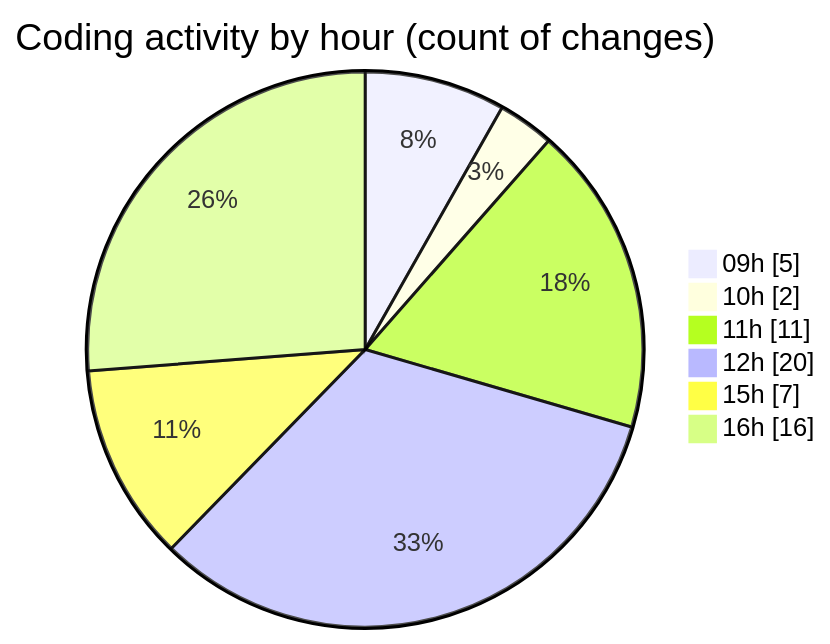
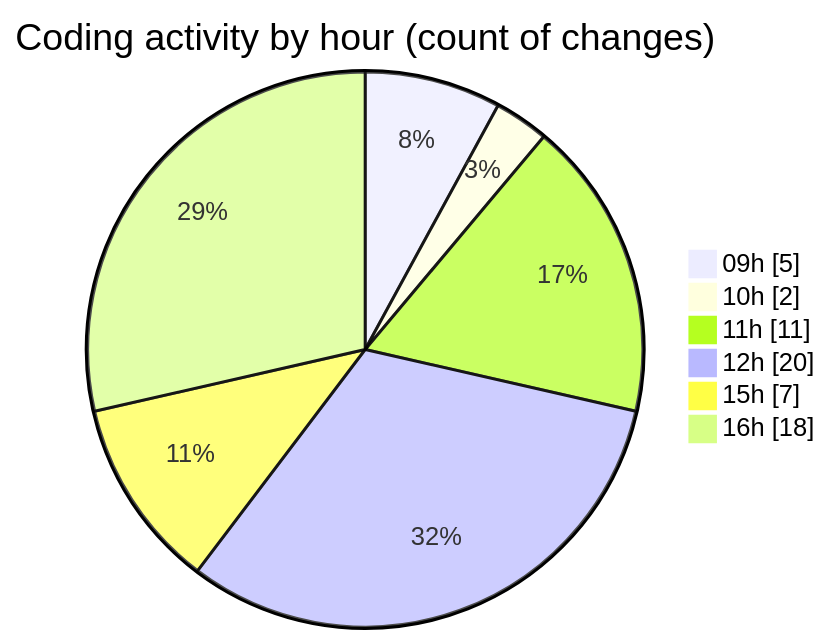
One commit to momahboobian/code-tracking changed the second of 2 diagrams in 2026-03-11/cda/README.md. Above: the diagram before and after it, drawn with Mermaid. The commit also changed other lines of this file and 1 other file, not shown here.

````diff
--- a/2026-03-11/cda/README.md
+++ b/2026-03-11/cda/README.md
@@ -48,10 +48,10 @@
 ```mermaid
 pie showData
 title Coding activity by hour (count of changes)
 "09h" : 5
 "10h" : 2
 "11h" : 11
 "12h" : 20
 "15h" : 7
-"16h" : 16
+"16h" : 18
 ```
````
